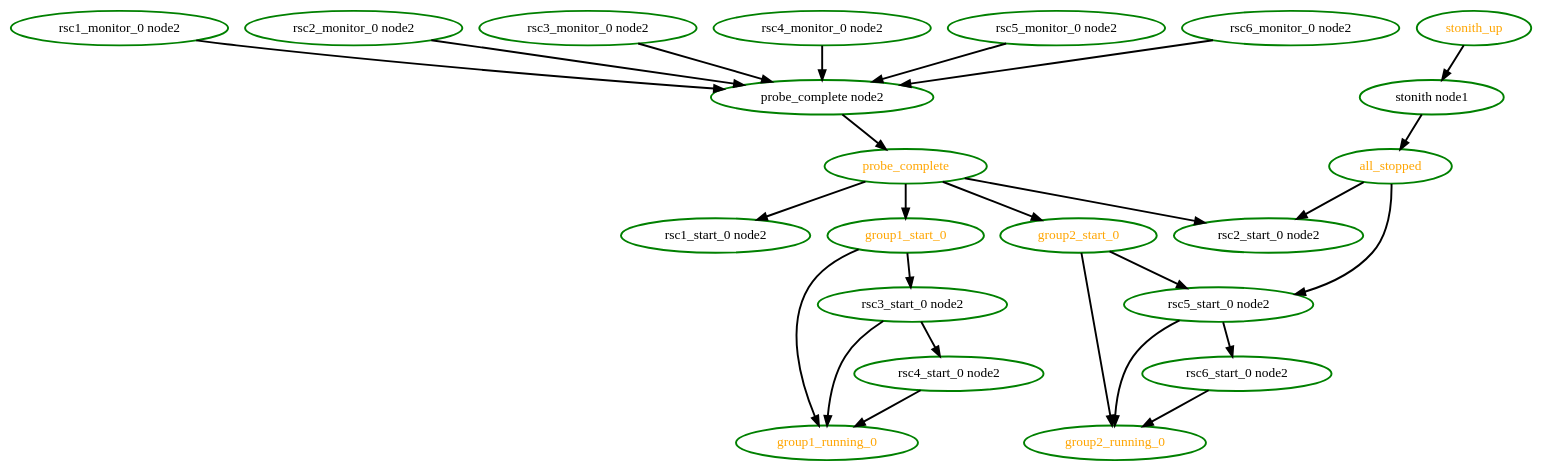
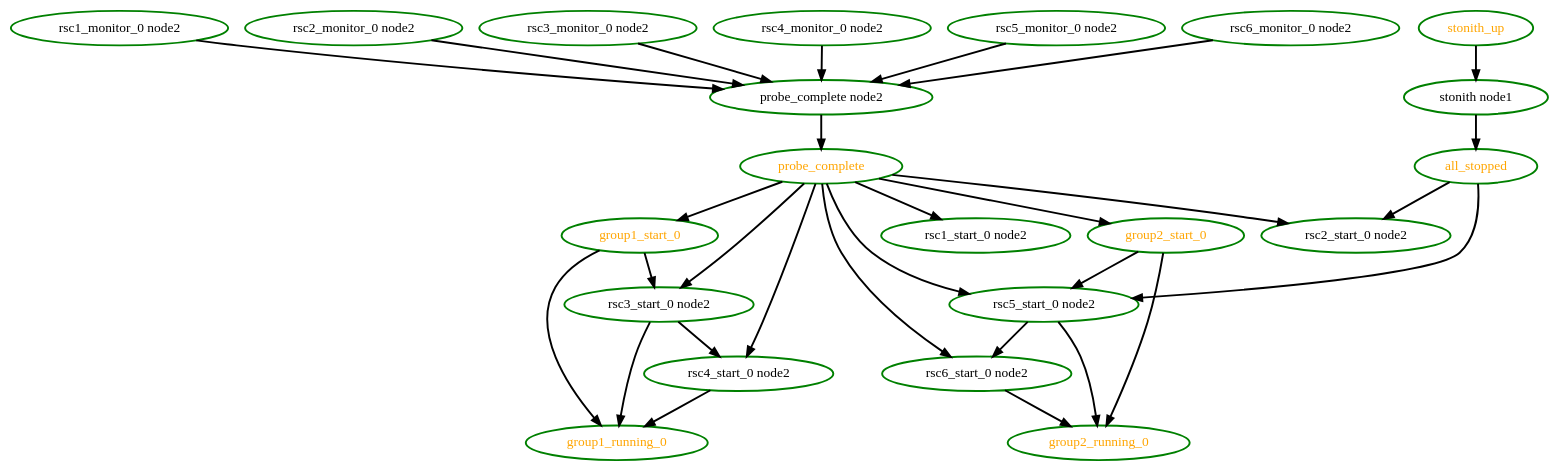
One commit to linux-ha-japan/pm_diskd changed the diagram in pengine/testcases/rec-node-2.dot. Above: the diagram before and after it, drawn with Graphviz. The commit also changed 57 other files, not shown here.

```diff
--- a/pengine/testcases/rec-node-2.dot
+++ b/pengine/testcases/rec-node-2.dot
@@ -1,48 +1,52 @@
  digraph "g" {
 "all_stopped" -> "rsc2_start_0 node2" [ style = bold]
 "all_stopped" -> "rsc5_start_0 node2" [ style = bold]
 "all_stopped" [ style=bold color="green" fontcolor="orange"  ]
 "group1_running_0" [ style=bold color="green" fontcolor="orange" ]
 "group1_start_0" -> "group1_running_0" [ style = bold]
 "group1_start_0" -> "rsc3_start_0 node2" [ style = bold]
 "group1_start_0" [ style=bold color="green" fontcolor="orange" ]
 "group2_running_0" [ style=bold color="green" fontcolor="orange" ]
 "group2_start_0" -> "group2_running_0" [ style = bold]
 "group2_start_0" -> "rsc5_start_0 node2" [ style = bold]
 "group2_start_0" [ style=bold color="green" fontcolor="orange" ]
 "probe_complete node2" -> "probe_complete" [ style = bold]
 "probe_complete node2" [ style=bold color="green" fontcolor="black" ]
 "probe_complete" -> "group1_start_0" [ style = bold]
 "probe_complete" -> "group2_start_0" [ style = bold]
 "probe_complete" -> "rsc1_start_0 node2" [ style = bold]
 "probe_complete" -> "rsc2_start_0 node2" [ style = bold]
+"probe_complete" -> "rsc3_start_0 node2" [ style = bold]
+"probe_complete" -> "rsc4_start_0 node2" [ style = bold]
+"probe_complete" -> "rsc5_start_0 node2" [ style = bold]
+"probe_complete" -> "rsc6_start_0 node2" [ style = bold]
 "probe_complete" [ style=bold color="green" fontcolor="orange" ]
 "rsc1_monitor_0 node2" -> "probe_complete node2" [ style = bold]
 "rsc1_monitor_0 node2" [ style=bold color="green" fontcolor="black" ]
 "rsc1_start_0 node2" [ style=bold color="green" fontcolor="black" ]
 "rsc2_monitor_0 node2" -> "probe_complete node2" [ style = bold]
 "rsc2_monitor_0 node2" [ style=bold color="green" fontcolor="black" ]
 "rsc2_start_0 node2" [ style=bold color="green" fontcolor="black" ]
 "rsc3_monitor_0 node2" -> "probe_complete node2" [ style = bold]
 "rsc3_monitor_0 node2" [ style=bold color="green" fontcolor="black" ]
 "rsc3_start_0 node2" -> "group1_running_0" [ style = bold]
 "rsc3_start_0 node2" -> "rsc4_start_0 node2" [ style = bold]
 "rsc3_start_0 node2" [ style=bold color="green" fontcolor="black" ]
 "rsc4_monitor_0 node2" -> "probe_complete node2" [ style = bold]
 "rsc4_monitor_0 node2" [ style=bold color="green" fontcolor="black" ]
 "rsc4_start_0 node2" -> "group1_running_0" [ style = bold]
 "rsc4_start_0 node2" [ style=bold color="green" fontcolor="black" ]
 "rsc5_monitor_0 node2" -> "probe_complete node2" [ style = bold]
 "rsc5_monitor_0 node2" [ style=bold color="green" fontcolor="black" ]
 "rsc5_start_0 node2" -> "group2_running_0" [ style = bold]
 "rsc5_start_0 node2" -> "rsc6_start_0 node2" [ style = bold]
 "rsc5_start_0 node2" [ style=bold color="green" fontcolor="black" ]
 "rsc6_monitor_0 node2" -> "probe_complete node2" [ style = bold]
 "rsc6_monitor_0 node2" [ style=bold color="green" fontcolor="black" ]
 "rsc6_start_0 node2" -> "group2_running_0" [ style = bold]
 "rsc6_start_0 node2" [ style=bold color="green" fontcolor="black" ]
 "stonith node1" -> "all_stopped" [ style = bold]
 "stonith node1" [ style=bold color="green" fontcolor="black" ]
 "stonith_up" -> "stonith node1" [ style = bold]
 "stonith_up" [ style=bold color="green" fontcolor="orange"  ]
 }
```
